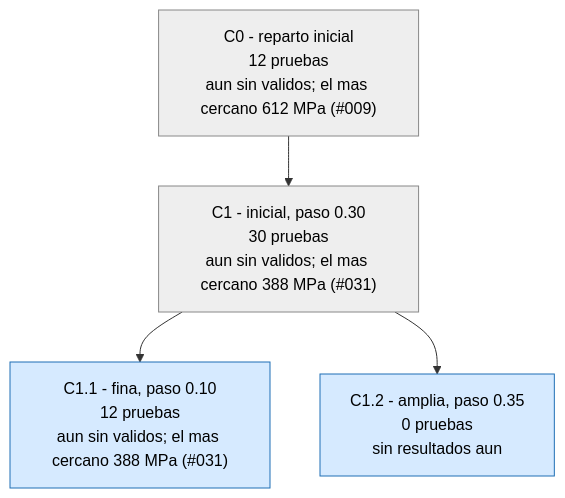
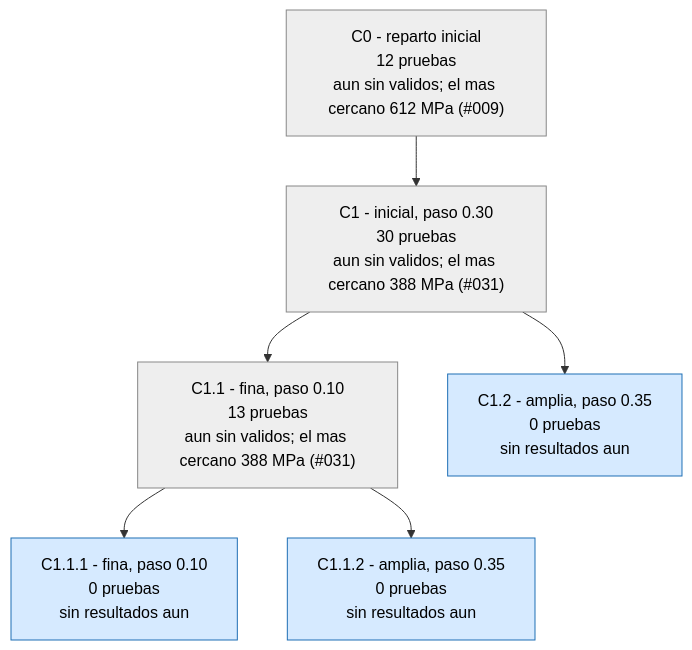
One commit to Hugiko/msd-soporte-optimizacion changed the third of 3 diagrams in runs/opt_37800N/ARBOL.md. Above: the diagram before and after it, drawn with Mermaid. The commit also changed 21 other files, not shown here.

````diff
--- a/runs/opt_37800N/ARBOL.md
+++ b/runs/opt_37800N/ARBOL.md
@@ -59,13 +59,17 @@
 ```mermaid
 graph TD
 classDef activa fill:#d6eaff,stroke:#1f6fb5,color:#000
 classDef fin fill:#eeeeee,stroke:#888,color:#000
 classDef mejor fill:#c8f0c0,stroke:#1a9850,stroke-width:4px,color:#000
 C0["C0 - reparto inicial<br/>12 pruebas<br/>aun sin validos; el mas cercano 612 MPa (#009)"]:::fin
 C1["C1 - inicial, paso 0.30<br/>30 pruebas<br/>aun sin validos; el mas cercano 388 MPa (#031)"]:::fin
 C0 --> C1
-C1_1["C1.1 - fina, paso 0.10<br/>12 pruebas<br/>aun sin validos; el mas cercano 388 MPa (#031)"]:::activa
+C1_1["C1.1 - fina, paso 0.10<br/>13 pruebas<br/>aun sin validos; el mas cercano 388 MPa (#031)"]:::fin
 C1 --> C1_1
 C1_2["C1.2 - amplia, paso 0.35<br/>0 pruebas<br/>sin resultados aun"]:::activa
 C1 --> C1_2
+C1_1_1["C1.1.1 - fina, paso 0.10<br/>0 pruebas<br/>sin resultados aun"]:::activa
+C1_1 --> C1_1_1
+C1_1_2["C1.1.2 - amplia, paso 0.35<br/>0 pruebas<br/>sin resultados aun"]:::activa
+C1_1 --> C1_1_2
 ```
````
